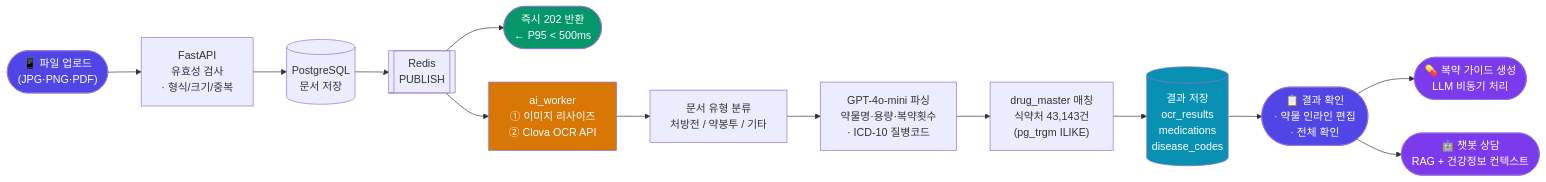
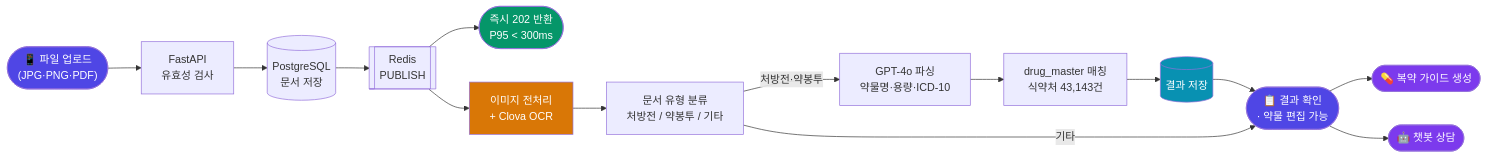
One commit to AI-HealthCare-03/AH_03_09 changed the diagram in docs/ocr/ocr_pipeline_simple.mmd. Above: the diagram before and after it, drawn with Mermaid.

Commit message:
📝 docs(ocr): OCR 파이프라인 다이어그램 실제 구현 기준으로 업데이트
- P95 < 500ms → < 300ms (실측값 반영)
- pg_trgm ILIKE → LIKE 다단계 매칭으로 수정
- 이미지 전처리 조건부 리사이즈 명시
- 한글 문자 품질 검사 분기 추가/제거 (발표용 간결화)
- 기타 문서 GPT 파싱 생략 분기 유지
- 발표용 불필요 구현 세부사항 제거

```diff
--- a/docs/ocr/ocr_pipeline_simple.mmd
+++ b/docs/ocr/ocr_pipeline_simple.mmd
@@ -1,31 +1,32 @@
 flowchart LR
     %% OCR 파이프라인 — 발표용 간략 버전
 
     A(["📱 파일 업로드\n(JPG·PNG·PDF)"])
-    B["FastAPI\n유효성 검사\n· 형식/크기/중복"]
+    B["FastAPI\n유효성 검사"]
     C[("PostgreSQL\n문서 저장")]
     D[["Redis\nPUBLISH"]]
-    E(["즉시 202 반환\n← P95 < 500ms"])
+    E(["즉시 202 반환\nP95 < 300ms"])
 
-    F["ai_worker\n① 이미지 리사이즈\n② Clova OCR API"]
-    G["문서 유형 분류\n처방전 / 약봉투 / 기타"]
-    H["GPT-4o-mini 파싱\n약물명·용량·복약횟수\n· ICD-10 질병코드"]
-    I["drug_master 매칭\n식약처 43,143건\n(pg_trgm ILIKE)"]
-    J[("결과 저장\nocr_results\nmedications\ndisease_codes")]
+    F["이미지 전처리\n+ Clova OCR"]
+    H["문서 유형 분류\n처방전 / 약봉투 / 기타"]
+    J["GPT-4o 파싱\n약물명·용량·ICD-10"]
+    K["drug_master 매칭\n식약처 43,143건"]
+    L[("결과 저장")]
 
-    K(["📋 결과 확인\n· 약물 인라인 편집\n· 전체 확인"])
-    L(["💊 복약 가이드 생성\nLLM 비동기 처리"])
-    M(["🤖 챗봇 상담\nRAG + 건강정보 컨텍스트"])
+    M(["📋 결과 확인\n· 약물 편집 가능"])
+    N(["💊 복약 가이드 생성"])
+    O(["🤖 챗봇 상담"])
 
     A --> B --> C --> D --> E
-    D --> F
-    F --> G --> H --> I --> J
-    J --> K --> L & M
+    D --> F --> H
+    H -->|"처방전·약봉투"| J --> K --> L --> M
+    H -->|"기타"| M
+    M --> N & O
 
     style A fill:#4F46E5,color:#fff
     style E fill:#059669,color:#fff
     style F fill:#D97706,color:#fff
-    style J fill:#0891B2,color:#fff
-    style K fill:#4F46E5,color:#fff
-    style L fill:#7C3AED,color:#fff
-    style M fill:#7C3AED,color:#fff
+    style L fill:#0891B2,color:#fff
+    style M fill:#4F46E5,color:#fff
+    style N fill:#7C3AED,color:#fff
+    style O fill:#7C3AED,color:#fff
```
